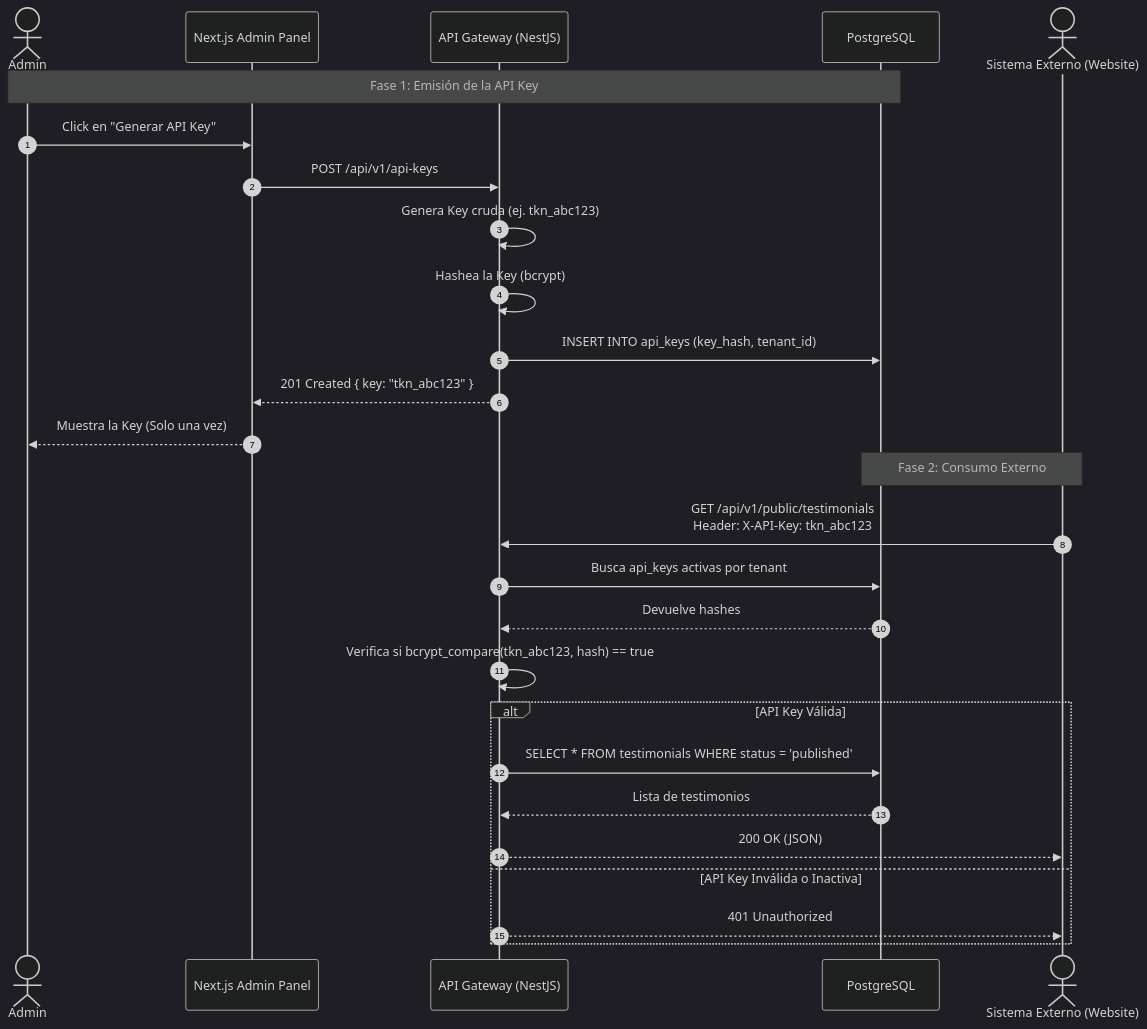
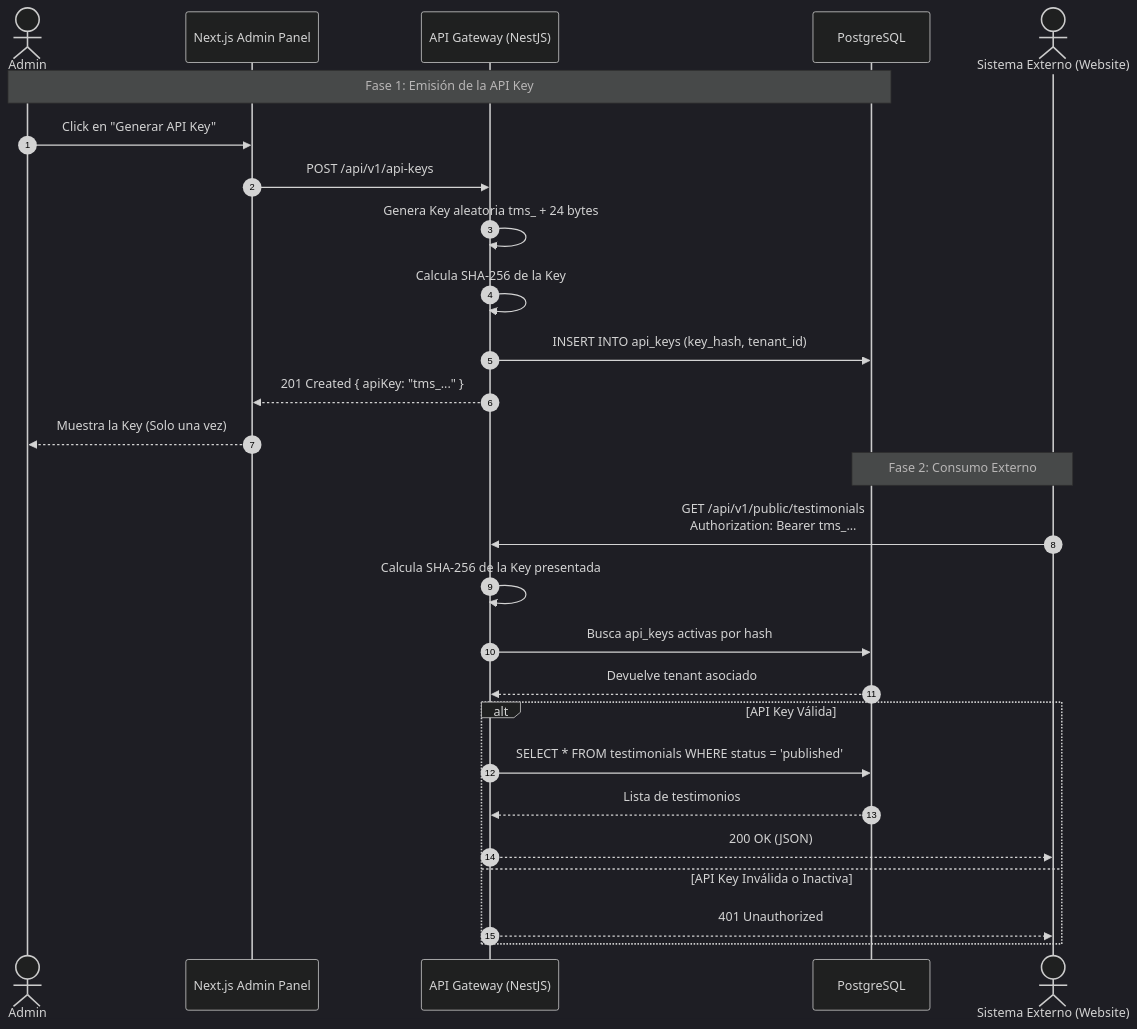
One commit to No-Country-simulation/S03-26-Equipo-10-Web-App-Development changed the second of 4 diagrams in docs/technical/07_flows.md. Above: the diagram before and after it, drawn with Mermaid (dark theme). The commit also changed other lines of this file and 10 other files, not shown here.

Commit message:
docs(architecture): actualizá el estado real y registrá la auditoría de cierre

````diff
--- a/docs/technical/07_flows.md
+++ b/docs/technical/07_flows.md
@@ -59,32 +57,32 @@
 ```mermaid
 sequenceDiagram
     autonumber
     actor Admin
     participant AdminApp as Next.js Admin Panel
     participant API as API Gateway (NestJS)
     participant DB as PostgreSQL
     actor Client as Sistema Externo (Website)
 
     Note over Admin,DB: Fase 1: Emisión de la API Key
     Admin->>AdminApp: Click en "Generar API Key"
     AdminApp->>API: POST /api/v1/api-keys
-    API->>API: Genera Key cruda (ej. tkn_abc123)
-    API->>API: Hashea la Key (bcrypt)
+    API->>API: Genera Key aleatoria tms_ + 24 bytes
+    API->>API: Calcula SHA-256 de la Key
     API->>DB: INSERT INTO api_keys (key_hash, tenant_id)
-    API-->>AdminApp: 201 Created { key: "tkn_abc123" }
+    API-->>AdminApp: 201 Created { apiKey: "tms_..." }
     AdminApp-->>Admin: Muestra la Key (Solo una vez)
 
     Note over Client,DB: Fase 2: Consumo Externo
-    Client->>API: GET /api/v1/public/testimonials<br/>Header: X-API-Key: tkn_abc123
-    API->>DB: Busca api_keys activas por tenant
-    DB-->>API: Devuelve hashes
-    API->>API: Verifica si bcrypt_compare(tkn_abc123, hash) == true
+    Client->>API: GET /api/v1/public/testimonials<br/>Authorization: Bearer tms_...
+    API->>API: Calcula SHA-256 de la Key presentada
+    API->>DB: Busca api_keys activas por hash
+    DB-->>API: Devuelve tenant asociado
     
     alt API Key Válida
         API->>DB: SELECT * FROM testimonials WHERE status = 'published'
         DB-->>API: Lista de testimonios
         API-->>Client: 200 OK (JSON)
     else API Key Inválida o Inactiva
         API-->>Client: 401 Unauthorized
     end
 ```
````
